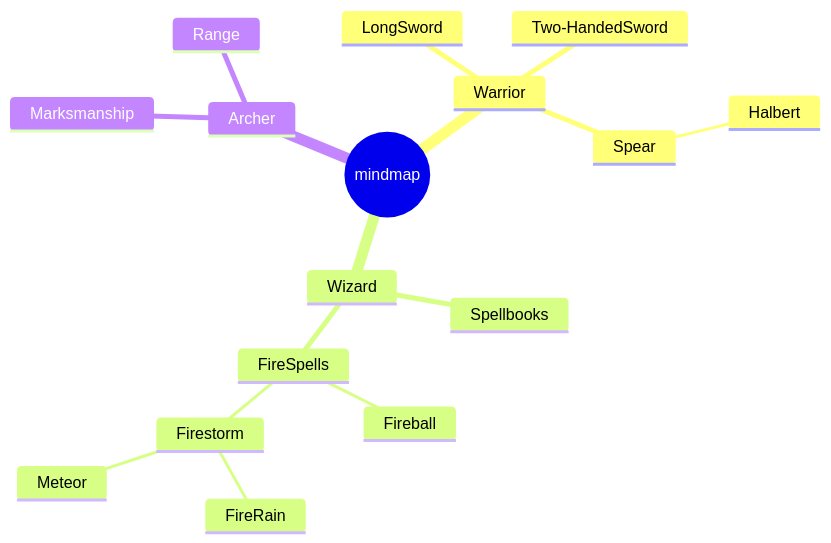
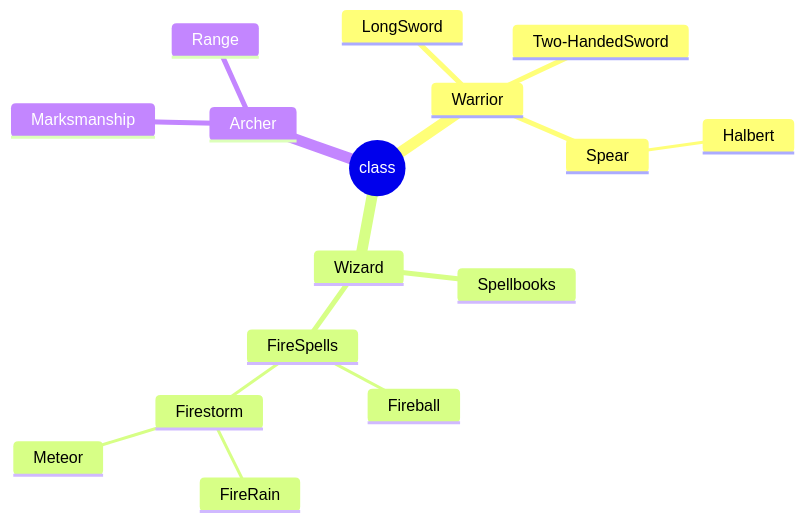
The third of 3 diagrams in README.md (samsmithnz/ResearchTree), drawn with Mermaid before and after one commit.

````diff
--- a/README.md
+++ b/README.md
@@ -40,19 +40,19 @@
 ```mermaid
 mindmap
-  root((mindmap))
+  root((class))
     Warrior
       LongSword
       Two-HandedSword
       Spear
         Halbert
     Wizard
       Spellbooks
       FireSpells
         Fireball
         Firestorm
             FireRain
             Meteor
     Archer
       Marksmanship
       Range
 ```
````
